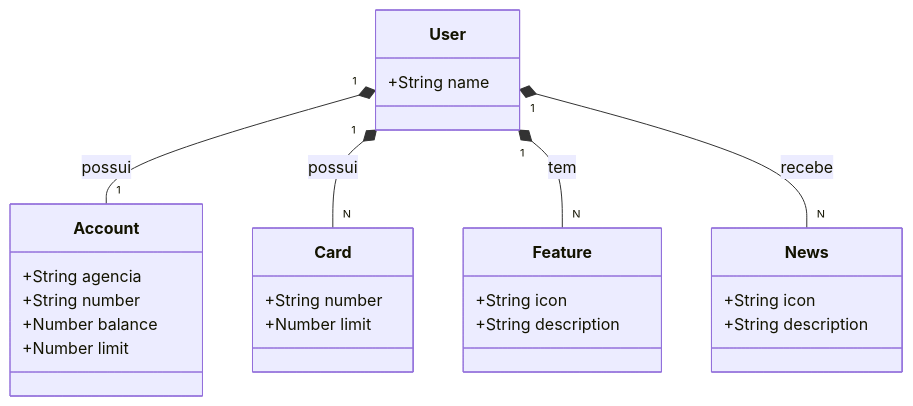
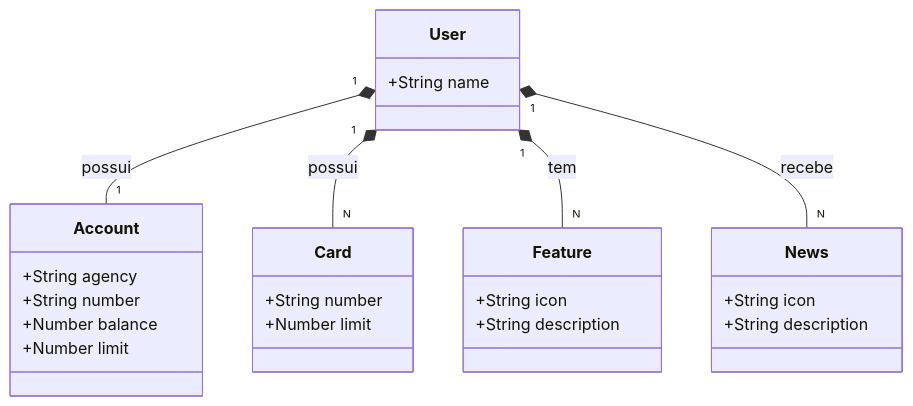
Before and after one commit to yohanngusso/API-BAKING: the diagram in README.md, drawn with Mermaid. The commit also changed other lines of this file and 1 other file, not shown here.

````diff
--- a/README.md
+++ b/README.md
@@ -7,33 +17,33 @@
 ```mermaid
 classDiagram
     class User {
         +String name
     }
-    
+
     class Account {
-        +String agencia
+        +String agency
         +String number
         +Number balance
         +Number limit
     }
-    
+
     class Feature {
         +String icon
         +String description
     }
-    
+
     class Card {
         +String number
         +Number limit
     }
-    
+
     class News {
         +String icon
         +String description
     }
 
     User "1" *-- "1" Account : possui
     User "1" *-- "N" Card : possui
     User "1" *-- "N" Feature : tem
     User "1" *-- "N" News : recebe
-  ```
+```
````
